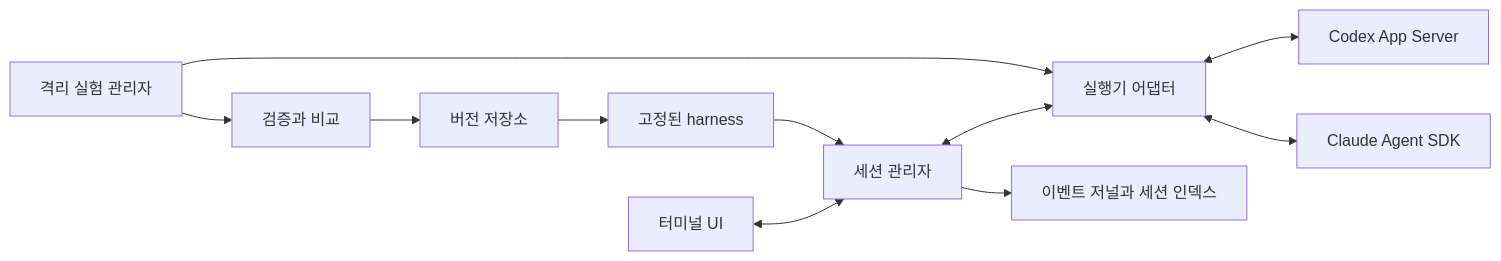
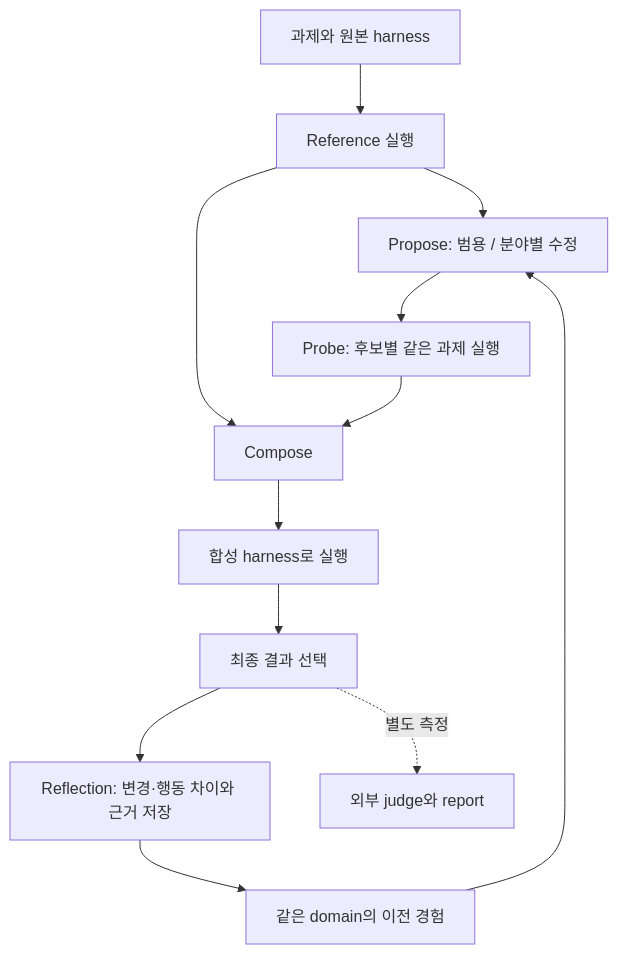
The diagram in docs/design.md (hyunyul-XCENA/harness2-lab), drawn with Mermaid before and after one commit. The commit also changed other lines of this file and 124 other files, not shown here.

````diff
--- a/docs/design.md
+++ b/docs/design.md
@@ -43,13 +18,14 @@
 ```mermaid
-flowchart LR
-  U[터미널 UI] <--> S[세션 관리자]
-  S <--> A[실행기 어댑터]
-  A <--> C[Codex App Server]
-  A <--> L[Claude Agent SDK]
-  S --> J[이벤트 저널과 세션 인덱스]
-  H[고정된 harness] --> S
-  E[격리 실험 관리자] --> A
-  E --> V[검증과 비교]
-  V --> R[버전 저장소]
-  R --> H
+flowchart TD
+  T[과제와 원본 harness] --> B[Reference 실행]
+  L[같은 domain의 이전 경험] --> P[Propose: 범용 / 분야별 수정]
+  B --> P
+  P --> Q[Probe: 후보별 같은 과제 실행]
+  B --> C[Compose]
+  Q --> C
+  C --> F[합성 harness로 실행]
+  F --> S[최종 결과 선택]
+  S --> R[Reflection: 변경·행동 차이와 근거 저장]
+  R --> L
+  S -. 별도 측정 .-> J[외부 judge와 report]
 ```
````
